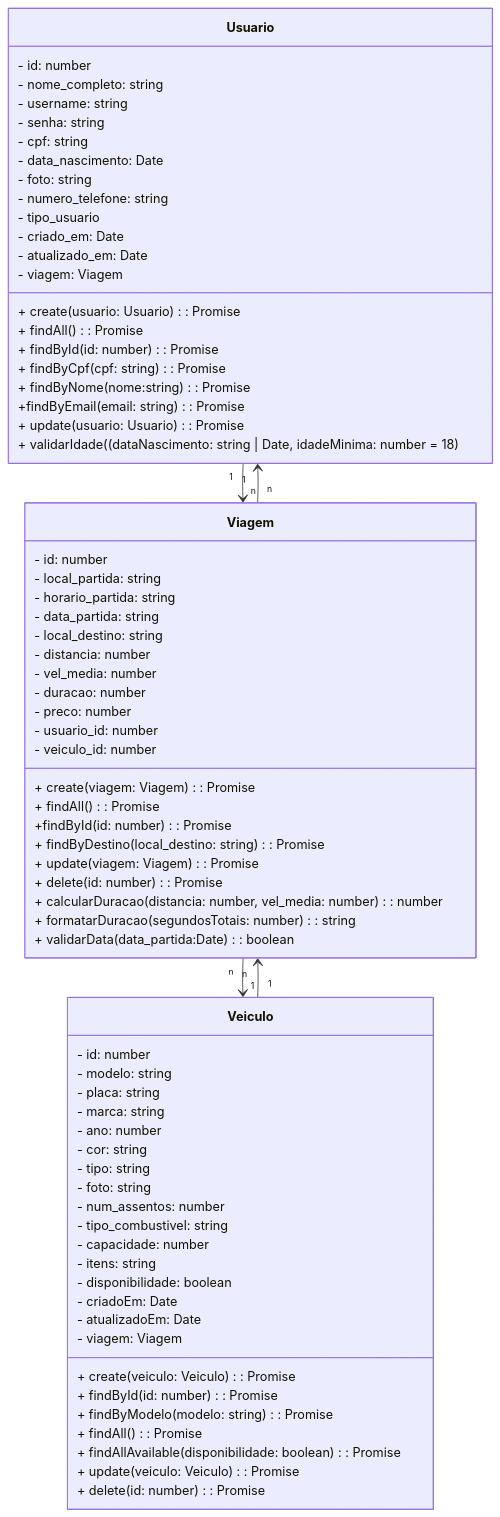
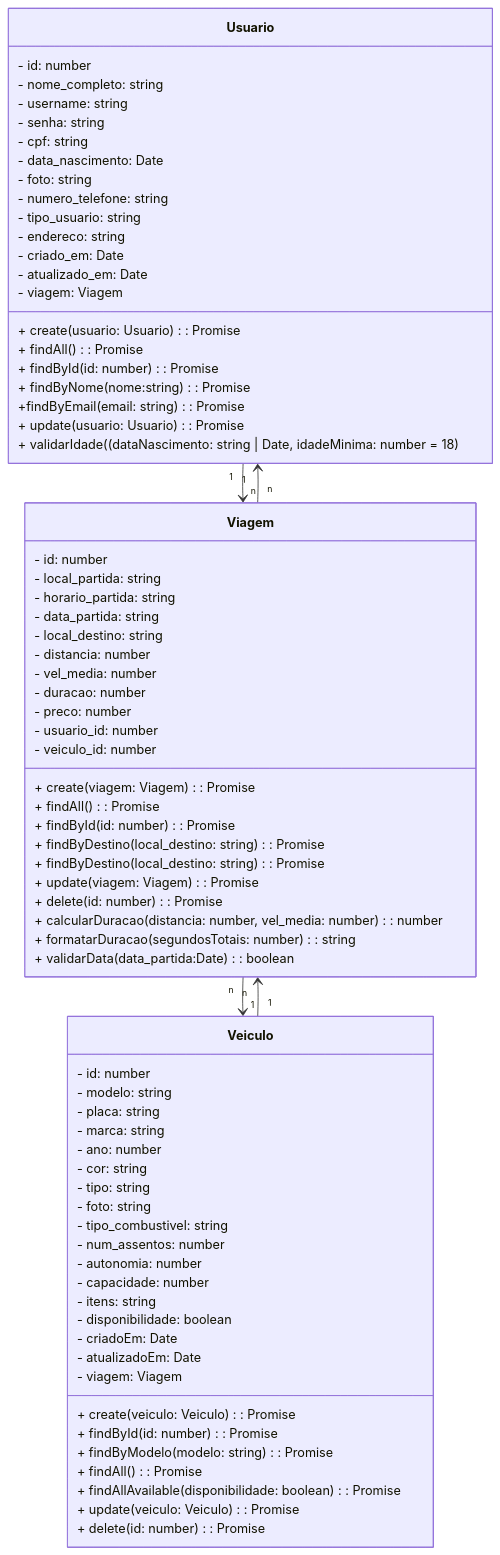
The diagram in README.md (Projeto-Integrador-G4-JS06/nest-ride-app), drawn with Mermaid before and after one commit. The commit also changed other lines of this file, not shown here.

```diff
--- a/README.md
+++ b/README.md
@@ -43,14 +43,14 @@
         - data_nascimento: Date
         - foto: string
         - numero_telefone: string
-        - tipo_usuario
+        - tipo_usuario: string
+        - endereco: string
         - criado_em: Date
         - atualizado_em: Date
         - viagem: Viagem
         + create(usuario: Usuario): Promise<Usuario>
         + findAll(): Promise<Usuario[]>
         + findById(id: number): Promise<Usuario>
-        + findByCpf(cpf: string): Promise<Usuario[]>
         + findByNome(nome:string): Promise<Usuario[]>
         +findByEmail(email: string): Promise<Usuario | undefined>
         + update(usuario: Usuario): Promise<Usuario>
@@ -67,8 +67,9 @@
         - cor: string
         - tipo: string
         - foto: string
+        - tipo_combustivel: string
         - num_assentos: number
-        - tipo_combustivel: string
+        - autonomia: number
         - capacidade: number
         - itens: string
         - disponibilidade: boolean
@@ -101,7 +102,8 @@
         - veiculo_id: number
         + create(viagem: Viagem): Promise<Viagem>
         + findAll(): Promise<Viagem[]>
-        +findById(id: number): Promise<Viagem>
+        + findById(id: number): Promise<Viagem>
+        + findByDestino(local_destino: string): Promise<Viagem[]>
         + findByDestino(local_destino: string): Promise<Viagem[]>
         + update(viagem: Viagem): Promise<Viagem>
         + delete(id: number): Promise<DeleteResult>
```
